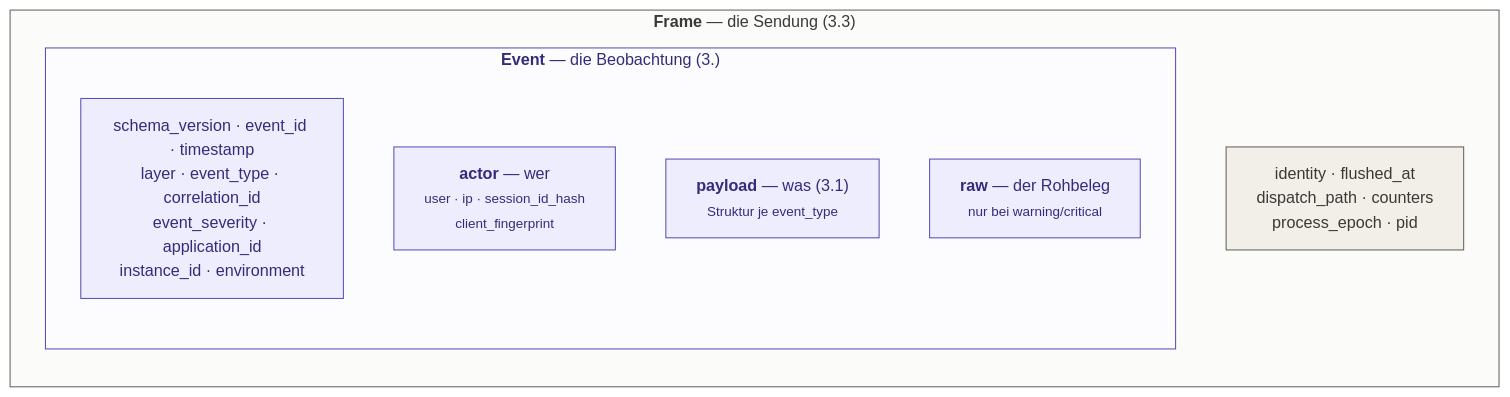
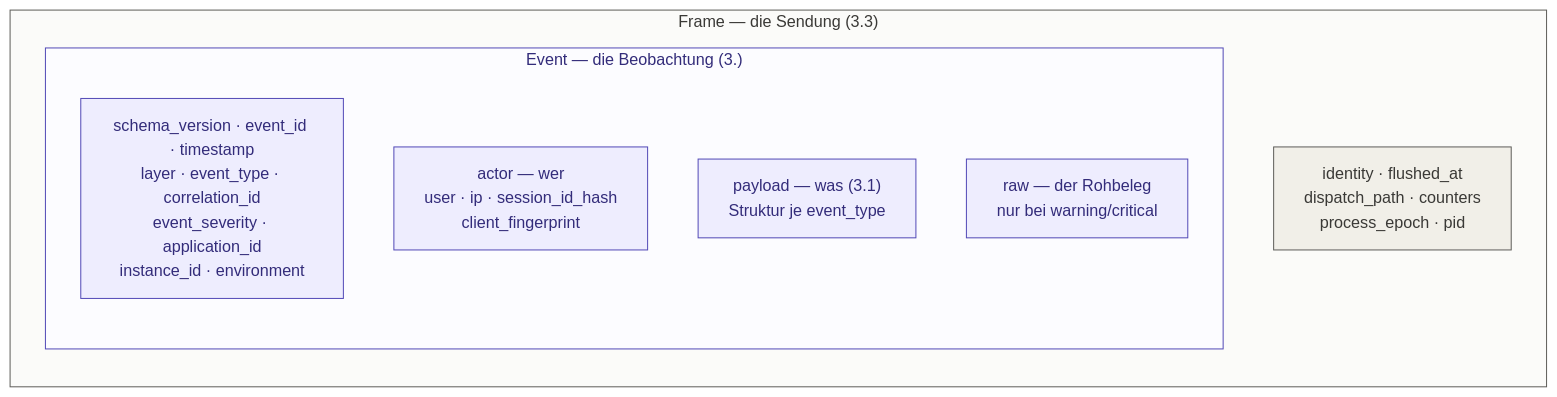
Before and after one commit to projektmotor/ids-event-data: the diagram in README.md, drawn with Mermaid (forest theme).

Commit message:
README: alle HTML-Tags außer <br/> aus dem Diagramm entfernen
GitHub rendert Mermaid in einem iframe auf viewscreen.githubusercontent.com
mit securityLevel: strict. In dieser Betriebsart werden HTML-Tags in
Labels kodiert statt ausgewertet — <b> und </b> erschienen in den beiden
Untergraph-Titeln als sichtbarer Text.

<br/> ist die einzige Ausnahme: Mermaid zerlegt daran die Zeile, bevor
escaped wird. Also bleiben Zeilenumbrüche, alles andere fliegt raus; die
Hierarchie tragen ohnehin die classDef-Farben.

Der vorherige Versuch hat das Gegenteil bewirkt: er ersetzte
Markdown-Strings durch <b>/<small> und damit ein kaputtes Konstrukt durch
ein anderes. Ursache war eine ungeprüfte Annahme — dass die <small>-Labels
im README des Sensor-Bundles auf GitHub sauber rendern. Das tun sie nicht.

Nachgestellt mit mermaid-cli und -c '{"securityLevel":"strict",
"flowchart":{"htmlLabels":false}}': damit ist der Defekt reproduzierbar
und die jetzige Fassung nachweislich frei von literalen Tags — in dieser
Konfiguration wie in der Vorgabe.

````diff
--- a/README.md
+++ b/README.md
@@ -34,22 +34,22 @@
 ```mermaid
 flowchart TB
-    subgraph frame["<b>Frame</b> — die Sendung (3.3)"]
+    subgraph frame["Frame — die Sendung (3.3)"]
         direction TB
         fmeta["identity · flushed_at<br/>dispatch_path · counters<br/>process_epoch · pid"]
 
-        subgraph event["<b>Event</b> — die Beobachtung (3.)"]
+        subgraph event["Event — die Beobachtung (3.)"]
             direction TB
             emeta["schema_version · event_id · timestamp<br/>layer · event_type · correlation_id<br/>event_severity · application_id<br/>instance_id · environment"]
-            actor["<b>actor</b> — wer<br/><small>user · ip · session_id_hash<br/>client_fingerprint</small>"]
-            payload["<b>payload</b> — was (3.1)<br/><small>Struktur je event_type</small>"]
-            raw["<b>raw</b> — der Rohbeleg<br/><small>nur bei warning/critical</small>"]
+            actor["actor — wer<br/>user · ip · session_id_hash<br/>client_fingerprint"]
+            payload["payload — was (3.1)<br/>Struktur je event_type"]
+            raw["raw — der Rohbeleg<br/>nur bei warning/critical"]
         end
     end
 
     classDef transport fill:#F1EFE8,stroke:#5F5E5A,color:#3A3936
     classDef data fill:#EEEDFE,stroke:#534AB7,color:#332C7A
     class fmeta transport
     class emeta,actor,payload,raw data
     style frame fill:#FBFBF9,stroke:#5F5E5A,color:#3A3936
     style event fill:#FCFCFF,stroke:#534AB7,color:#332C7A
 ```
````
